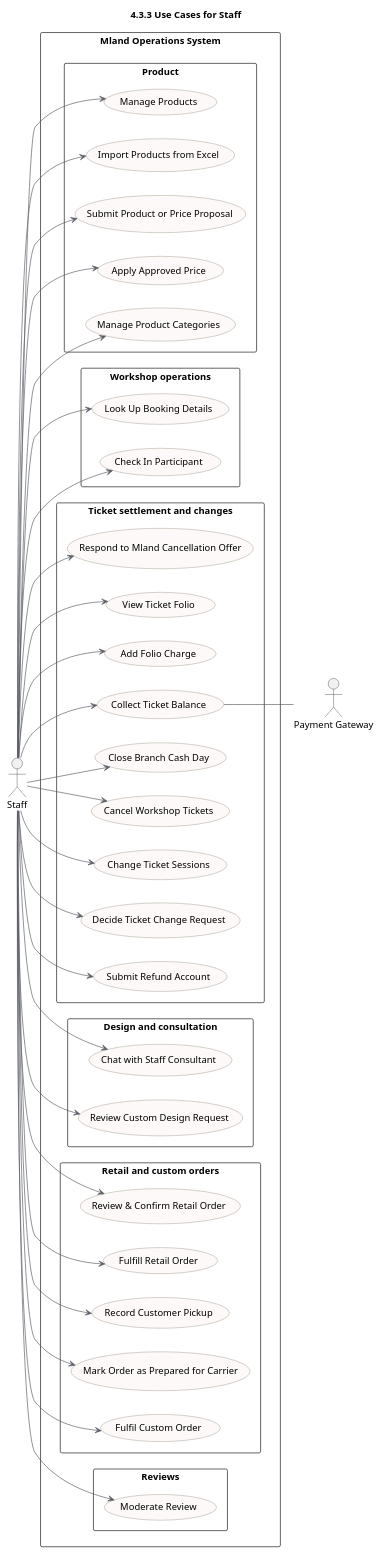
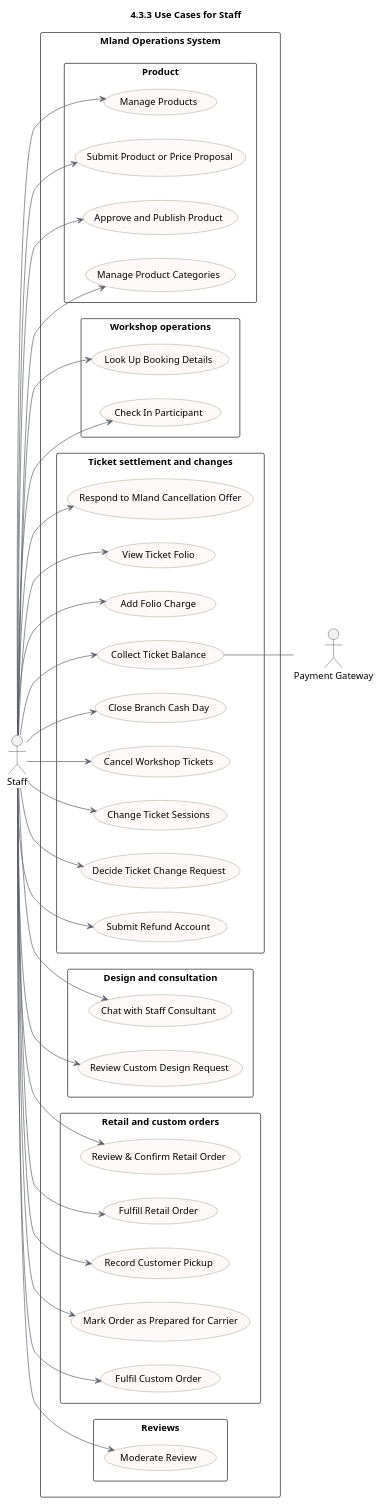
One commit to quoc-ca/mland-operations-hub changed the diagram in documents/docs/report-3-software-requirement-specification/assets/diagrams/use-cases/04-staff-only.puml. Above: the diagram before and after it, drawn with PlantUML. The commit also changed 47 other files, not shown here.

```diff
--- a/documents/docs/report-3-software-requirement-specification/assets/diagrams/use-cases/04-staff-only.puml
+++ b/documents/docs/report-3-software-requirement-specification/assets/diagrams/use-cases/04-staff-only.puml
@@ -1,81 +1,79 @@
 @startuml
 !pragma charset UTF-8
 title 4.3.3 Use Cases for Staff
 left to right direction
 skinparam shadowing false
 skinparam packageStyle rectangle
 skinparam usecase {
   BackgroundColor #FCF9F8
   BorderColor #807663
   ArrowColor #5B5E67
 }
 
 actor Staff
 actor "Payment Gateway" as PaymentGateway
 
 rectangle "Mland Operations System" {
   package "Product" {
     usecase "Manage Products" as UC12
-    usecase "Import Products from Excel" as UC13
     usecase "Submit Product or Price Proposal" as UC14
-    usecase "Apply Approved Price" as UC16
+    usecase "Approve and Publish Product" as UC15
     usecase "Manage Product Categories" as UC18
   }
   package "Workshop operations" {
     usecase "Look Up Booking Details" as UC23
     usecase "Check In Participant" as UC24
   }
   package "Ticket settlement and changes" {
     usecase "Respond to Mland Cancellation Offer" as UC88
     usecase "View Ticket Folio" as UC77
     usecase "Add Folio Charge" as UC78
     usecase "Collect Ticket Balance" as UC79
     usecase "Close Branch Cash Day" as UC83
     usecase "Cancel Workshop Tickets" as UC84
     usecase "Change Ticket Sessions" as UC85
     usecase "Decide Ticket Change Request" as UC86
     usecase "Submit Refund Account" as UC89
   }
   package "Design and consultation" {
     usecase "Chat with Staff Consultant" as UC38
     usecase "Review Custom Design Request" as UC40
   }
   package "Retail and custom orders" {
     usecase "Review & Confirm Retail Order" as UC58
     usecase "Fulfill Retail Order" as UC59
     usecase "Record Customer Pickup" as UC60
     usecase "Mark Order as Prepared for Carrier" as UC61
     usecase "Fulfil Custom Order" as UC73
   }
   package "Reviews" {
     usecase "Moderate Review" as UC76
   }
 }
 
 Staff --> UC12
-Staff --> UC13
 Staff --> UC14
-Staff --> UC16
+Staff --> UC15
 Staff --> UC18
 Staff --> UC23
 Staff --> UC24
 Staff --> UC77
 Staff --> UC88
 Staff --> UC78
 Staff --> UC79
 Staff --> UC83
 Staff --> UC84
 Staff --> UC85
 Staff --> UC86
 Staff --> UC89
 Staff --> UC38
 Staff --> UC40
 Staff --> UC58
 Staff --> UC59
 Staff --> UC60
 Staff --> UC61
 Staff --> UC73
 Staff --> UC76
 
 UC79 -- PaymentGateway
 @enduml
```
